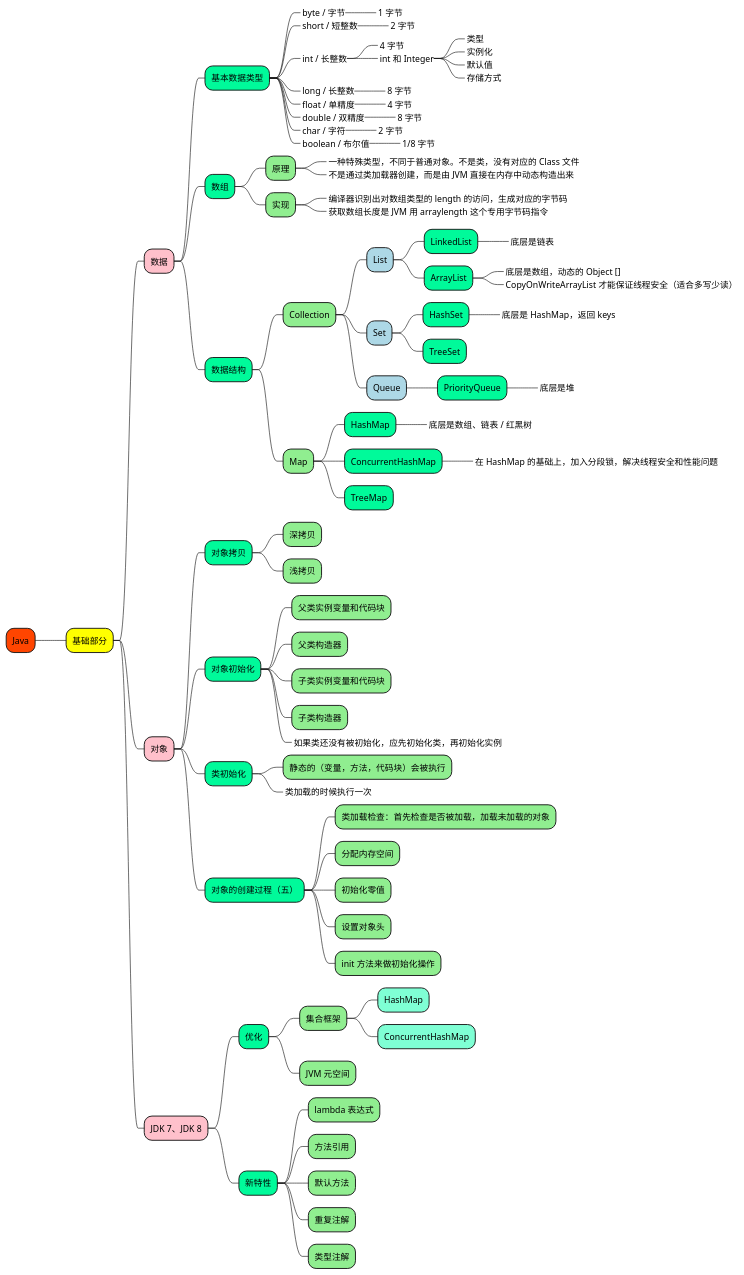
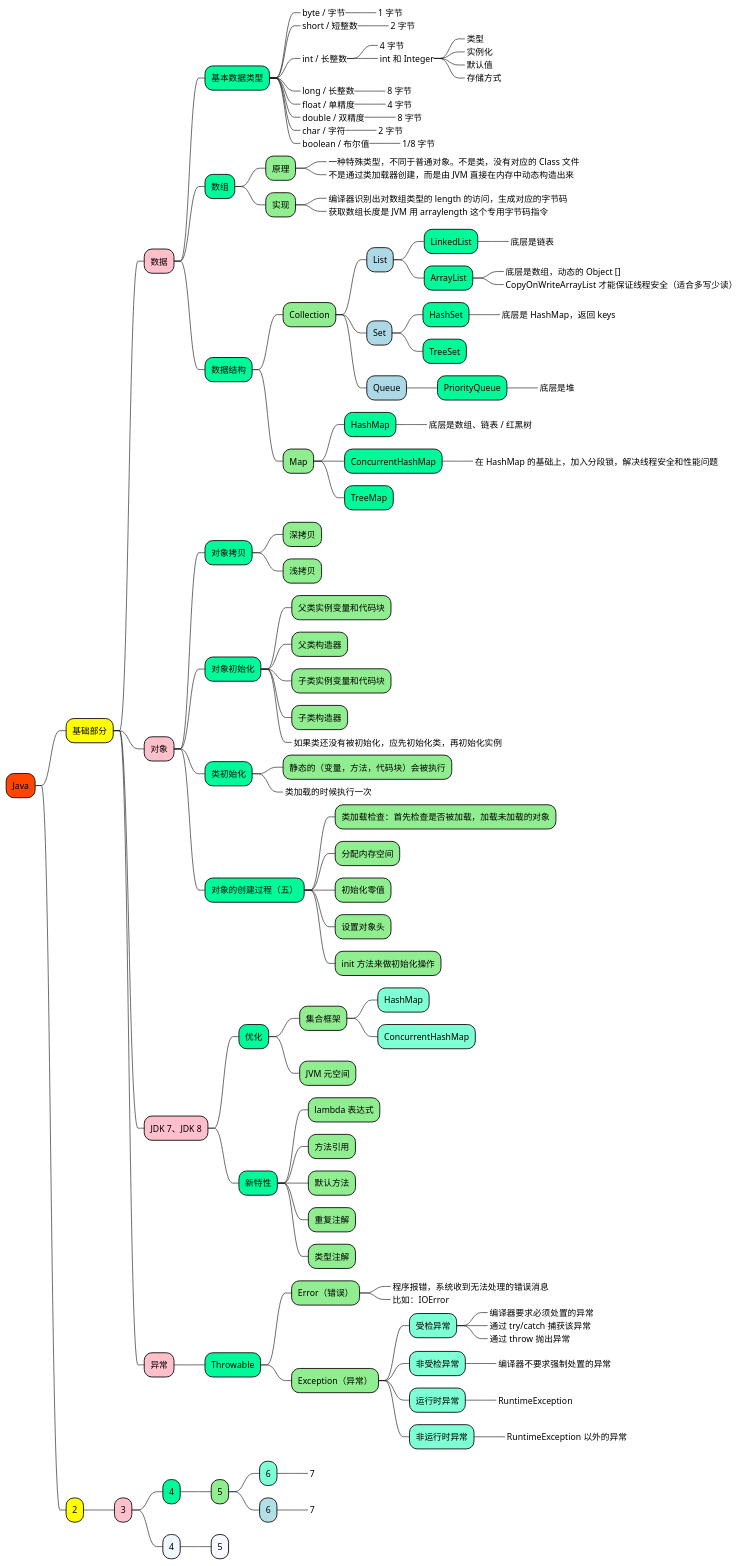
Before and after one commit to doveg/self-cultivation-of-a-software-engineer: the diagram in 1_map/1-java/Java.puml, drawn with PlantUML. The commit also changed 16 other files, not shown here.

```diff
--- a/1_map/1-java/Java.puml
+++ b/1_map/1-java/Java.puml
@@ -1,125 +1,158 @@
 @startmindmap
 
 +[#OrangeRed] Java
 
 ++[#yellow] 基础部分
 
 +++[#Pink] 数据
 
 ++++[#MediumSpringGreen] 基本数据类型
 
 +++++[#LightGreen]_ byte / 字节
 ++++++_ 1 字节
 +++++[#LightGreen]_ short / 短整数
 ++++++_ 2 字节
 +++++[#LightGreen]_ int / 长整数
 ++++++_ 4 字节
 ++++++[#LightGreen]_ int 和 Integer
 +++++++_ 类型
 +++++++_ 实例化
 +++++++_ 默认值
 +++++++_ 存储方式
 +++++[#LightGreen]_ long / 长整数
 ++++++_ 8 字节
 +++++[#LightGreen]_ float / 单精度
 ++++++_ 4 字节
 +++++[#LightGreen]_ double / 双精度
 ++++++_ 8 字节
 +++++[#LightGreen]_ char / 字符
 ++++++_ 2 字节
 +++++[#LightGreen]_ boolean / 布尔值
 ++++++_ 1/8 字节
 
 ++++[#MediumSpringGreen] 数组
 
 +++++[#LightGreen] 原理
 ++++++[#LightBlue]_ 一种特殊类型，不同于普通对象。不是类，没有对应的 Class 文件
 ++++++[#LightBlue]_ 不是通过类加载器创建，而是由 JVM 直接在内存中动态构造出来
 
 +++++[#LightGreen] 实现
 ++++++[#LightBlue]_ 编译器识别出对数组类型的 length 的访问，生成对应的字节码
 ++++++[#LightBlue]_ 获取数组长度是 JVM 用 arraylength 这个专用字节码指令
 
 ++++[#MediumSpringGreen] 数据结构
 
 +++++[#LightGreen] Collection
 ++++++[#LightBlue] List
 +++++++[#MediumSpringGreen] LinkedList
 ++++++++[#MediumSpringGreen]_ 底层是链表
 +++++++[#MediumSpringGreen] ArrayList
 ++++++++[#MediumSpringGreen]_ 底层是数组，动态的 Object []
 ++++++++[#MediumSpringGreen]_ CopyOnWriteArrayList 才能保证线程安全（适合多写少读）
 
 ++++++[#LightBlue] Set
 +++++++[#MediumSpringGreen] HashSet
 ++++++++[#MediumSpringGreen]_ 底层是 HashMap，返回 keys
 +++++++[#MediumSpringGreen] TreeSet
 
 ++++++[#LightBlue] Queue
 +++++++[#MediumSpringGreen] PriorityQueue
 ++++++++[#MediumSpringGreen]_ 底层是堆
 
 +++++[#LightGreen] Map
 ++++++[#MediumSpringGreen] HashMap
 +++++++[#MediumSpringGreen]_ 底层是数组、链表 / 红黑树
 ++++++[#MediumSpringGreen] ConcurrentHashMap
 +++++++[#MediumSpringGreen]_ 在 HashMap 的基础上，加入分段锁，解决线程安全和性能问题
 ++++++[#MediumSpringGreen] TreeMap
 
 
 +++[#Pink] 对象
 
 ++++[#MediumSpringGreen] 对象拷贝
 +++++[#LightGreen] 深拷贝
 +++++[#LightGreen] 浅拷贝
 
 ++++[#MediumSpringGreen] 对象初始化
 +++++[#LightGreen] 父类实例变量和代码块
 +++++[#LightGreen] 父类构造器
 +++++[#LightGreen] 子类实例变量和代码块
 +++++[#LightGreen] 子类构造器
 +++++[#LightGreen]_ 如果类还没有被初始化，应先初始化类，再初始化实例
 
 ++++[#MediumSpringGreen] 类初始化
 +++++[#LightGreen] 静态的（变量，方法，代码块）会被执行
 +++++[#LightGreen]_ 类加载的时候执行一次
 
 ++++[#MediumSpringGreen] 对象的创建过程（五）
 +++++[#LightGreen] 类加载检查：首先检查是否被加载，加载未加载的对象
 +++++[#LightGreen] 分配内存空间
 +++++[#LightGreen] 初始化零值
 +++++[#LightGreen] 设置对象头
 +++++[#LightGreen] init 方法来做初始化操作
 
 
 
 +++[#Pink] JDK 7、JDK 8
 
 ++++[#MediumSpringGreen] 优化
 
 +++++[#LightGreen] 集合框架
 ++++++[#Aquamarine] HashMap
 ++++++[#Aquamarine] ConcurrentHashMap
 +++++[#LightGreen] JVM 元空间
 
 ++++[#MediumSpringGreen] 新特性
 
 +++++[#LightGreen] lambda 表达式
 +++++[#LightGreen] 方法引用
 +++++[#LightGreen] 默认方法
 +++++[#LightGreen] 重复注解
 +++++[#LightGreen] 类型注解
 
 
 
++++[#Pink] 异常
 
+++++[#MediumSpringGreen] Throwable
++++++[#LightGreen] Error（错误）
+++++++[#Aquamarine]_ 程序报错，系统收到无法处理的错误消息
+++++++[#Aquamarine]_ 比如：IOError
++++++[#LightGreen] Exception（异常）
+++++++[#Aquamarine] 受检异常
++++++++[#Aquamarine]_ 编译器要求必须处置的异常
++++++++[#Aquamarine]_ 通过 try/catch 捕获该异常
++++++++[#Aquamarine]_ 通过 throw 抛出异常
+++++++[#Aquamarine] 非受检异常
++++++++[#Aquamarine]_ 编译器不要求强制处置的异常
+++++++[#Aquamarine] 运行时异常
++++++++[#Aquamarine]_ RuntimeException
+++++++[#Aquamarine] 非运行时异常
++++++++[#Aquamarine]_ RuntimeException 以外的异常
+
+
+
+
+
+++[#yellow] 2
+
++++[#Pink] 3
+
+++++[#MediumSpringGreen] 4
++++++[#LightGreen] 5
+++++++[#Aquamarine] 6
++++++++[#Aquamarine]_ 7
+++++++[#PowderBlue] 6
++++++++[#PowderBlue]_ 7
+++++[#AliceBlue] 4
++++++[#GhostWhite] 5
 
 
 
 
 'https://juejin.cn/post/6995088510134779912
 'https://www.jianshu.com/p/562c4c883459
 'https://www.jianshu.com/p/ecc6d3ac100d
 
 
 @endmindmap
```
